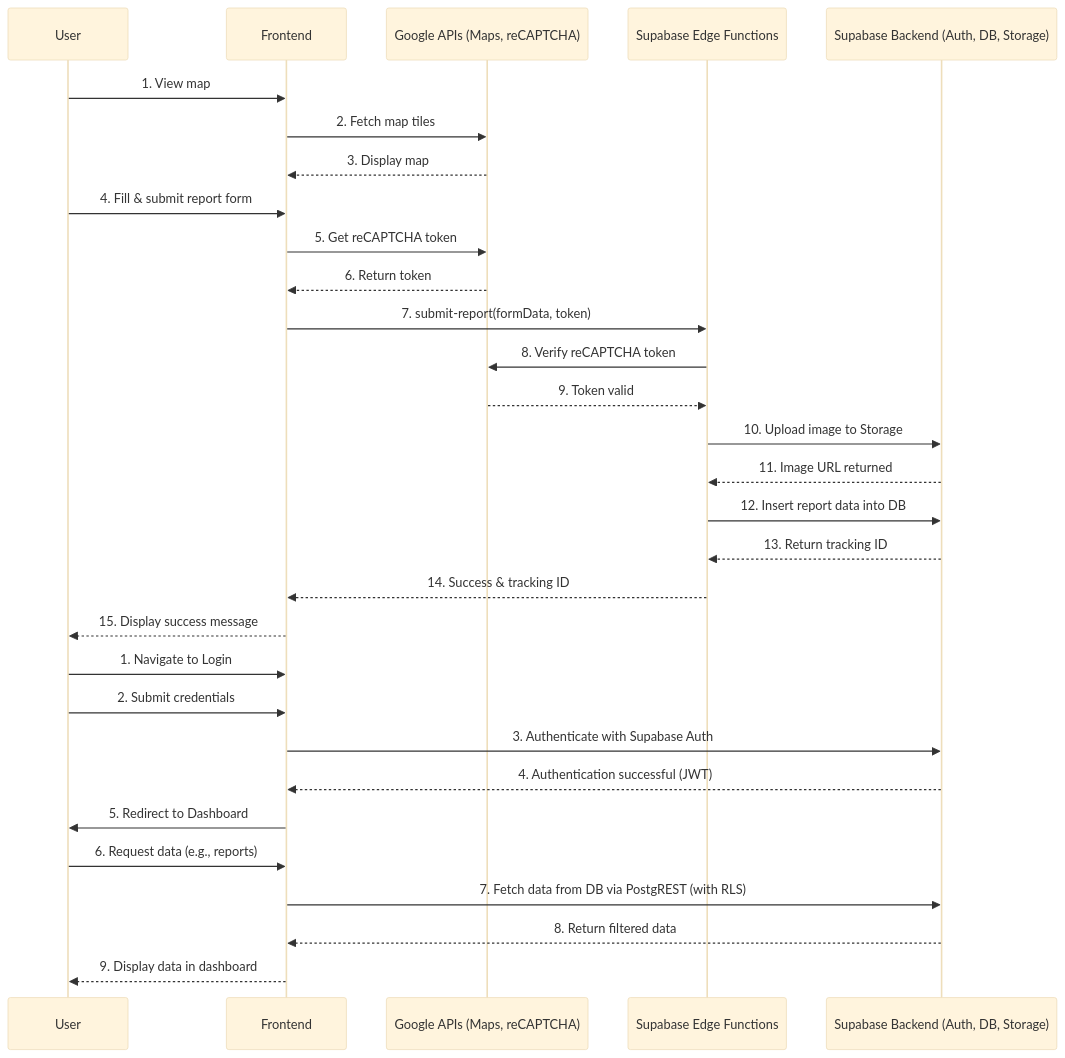
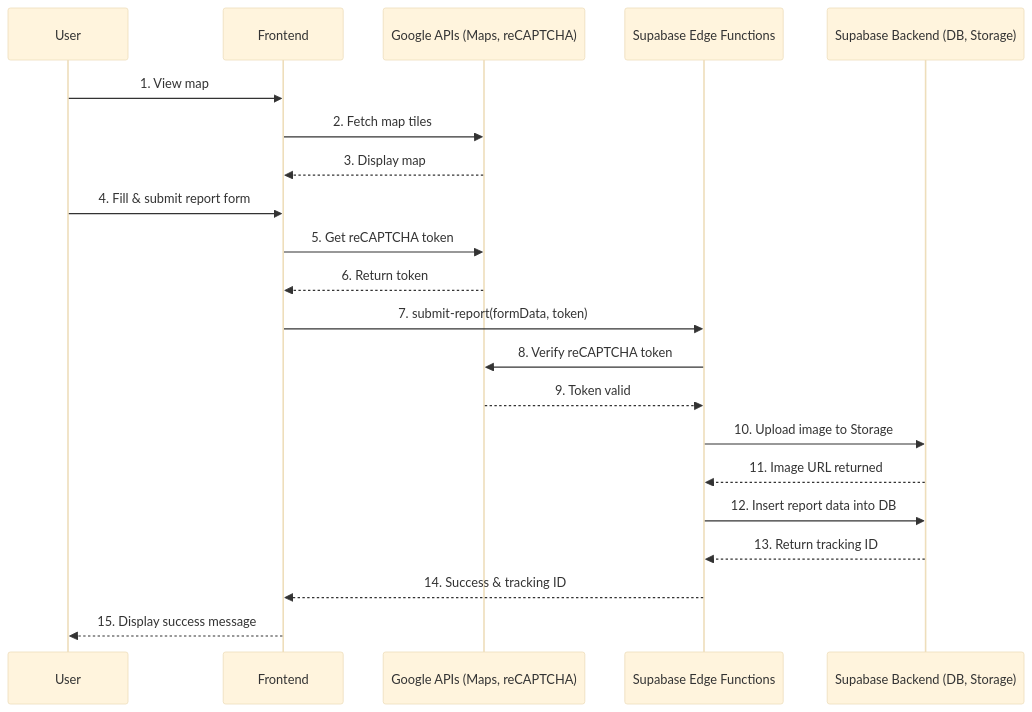
One commit to aniciete/SafePin changed the second of 4 diagrams in README.md. Above: the diagram before and after it, drawn with Mermaid (base theme). The commit also changed other lines of this file, not shown here.

````diff
--- a/README.md
+++ b/README.md
@@ -93,36 +96,24 @@
 ```mermaid
 sequenceDiagram
     participant User
     participant Frontend
     participant Google_APIs as Google APIs (Maps, reCAPTCHA)
     participant Supabase_Edge_Functions as Supabase Edge Functions
-    participant Supabase_Backend as Supabase Backend (Auth, DB, Storage)
+    participant Supabase_Backend as Supabase Backend (DB, Storage)
 
-    %% Anonymous Report Submission
     User->>Frontend: 1. View map
     Frontend->>Google_APIs: 2. Fetch map tiles
     Google_APIs-->>Frontend: 3. Display map
     User->>Frontend: 4. Fill & submit report form
     Frontend->>Google_APIs: 5. Get reCAPTCHA token
     Google_APIs-->>Frontend: 6. Return token
     Frontend->>Supabase_Edge_Functions: 7. submit-report(formData, token)
     Supabase_Edge_Functions->>Google_APIs: 8. Verify reCAPTCHA token
     Google_APIs-->>Supabase_Edge_Functions: 9. Token valid
     Supabase_Edge_Functions->>Supabase_Backend: 10. Upload image to Storage
     Supabase_Backend-->>Supabase_Edge_Functions: 11. Image URL returned
     Supabase_Edge_Functions->>Supabase_Backend: 12. Insert report data into DB
     Supabase_Backend-->>Supabase_Edge_Functions: 13. Return tracking ID
     Supabase_Edge_Functions-->>Frontend: 14. Success & tracking ID
     Frontend-->>User: 15. Display success message
-
-    %% Authenticated User Login & Data Access
-    User->>Frontend: 1. Navigate to Login
-    User->>Frontend: 2. Submit credentials
-    Frontend->>Supabase_Backend: 3. Authenticate with Supabase Auth
-    Supabase_Backend-->>Frontend: 4. Authentication successful (JWT)
-    Frontend->>User: 5. Redirect to Dashboard
-    User->>Frontend: 6. Request data (e.g., reports)
-    Frontend->>Supabase_Backend: 7. Fetch data from DB via PostgREST (with RLS)
-    Supabase_Backend-->>Frontend: 8. Return filtered data
-    Frontend-->>User: 9. Display data in dashboard
 ```
````
